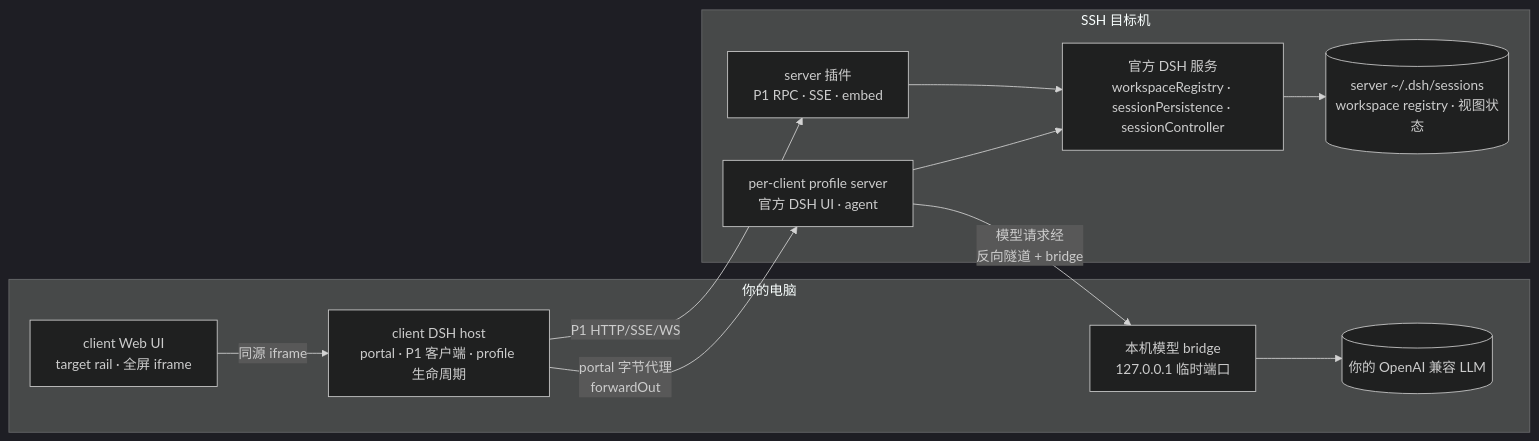
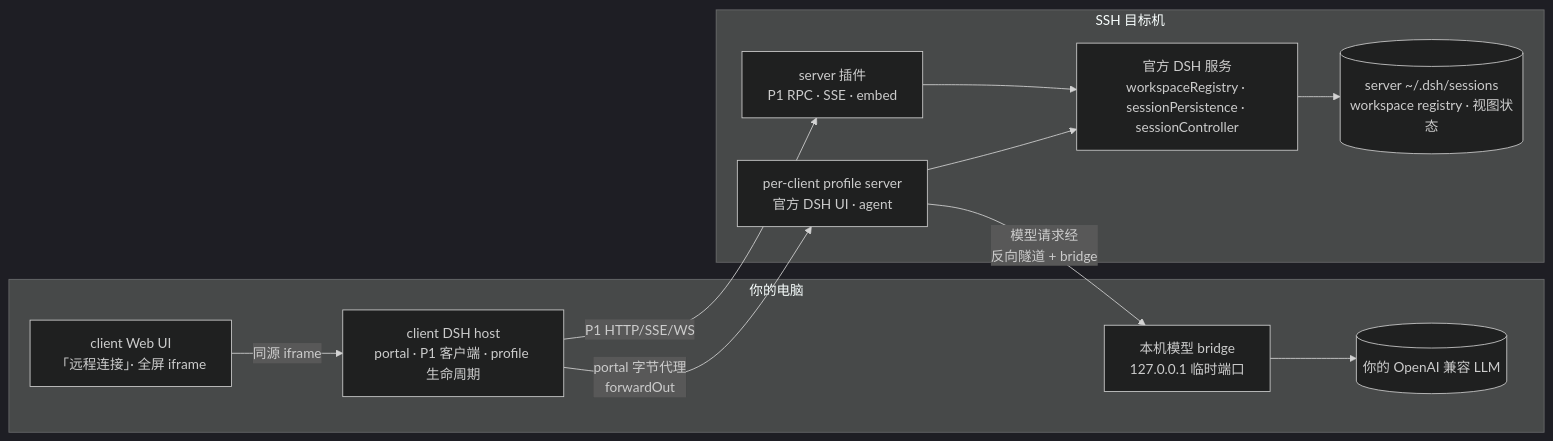
Before and after one commit to graydovee/dsh-remote-window: the diagram in README-zh.md, drawn with Mermaid (dark theme). The commit also changed other lines of this file and 91 other files, not shown here.

````diff
--- a/README-zh.md
+++ b/README-zh.md
@@ -74,22 +71,22 @@
 ```mermaid
 flowchart LR
   subgraph client [你的电脑]
-    UI[client Web UI<br/>target rail · 全屏 iframe]
+    UI[client Web UI<br/>「远程连接」· 全屏 iframe]
     CHOST[client DSH host<br/>portal · P1 客户端 · profile 生命周期]
     LOCAL[本机模型 bridge<br/>127.0.0.1 临时端口]
     LLM[(你的 OpenAI 兼容 LLM)]
   end
   subgraph server [SSH 目标机]
     PROF[per-client profile server<br/>官方 DSH UI · agent]
     PLUG[server 插件<br/>P1 RPC · SSE · embed]
     OFF[官方 DSH 服务<br/>workspaceRegistry · sessionPersistence · sessionController]
     LOG[(server ~/.dsh/sessions<br/>workspace registry · 视图状态)]
   end
   UI -->|同源 iframe| CHOST
   CHOST -->|portal 字节代理<br/>forwardOut| PROF
   CHOST -->|P1 HTTP/SSE/WS| PLUG
   PROF -->|模型请求经<br/>反向隧道 + bridge| LOCAL
   LOCAL --> LLM
   PLUG --> OFF --> LOG
   PROF --> OFF
 ```
````
